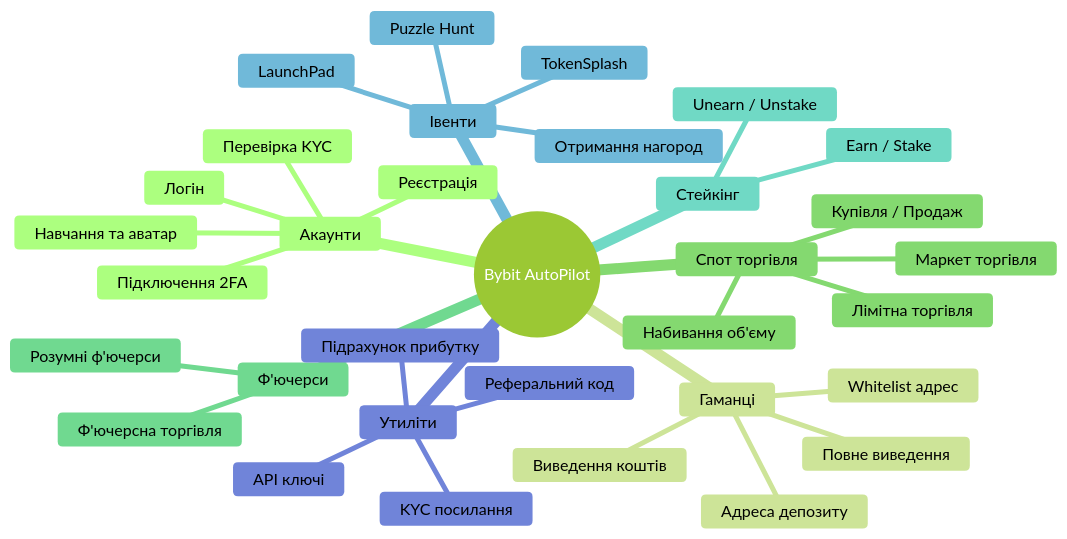
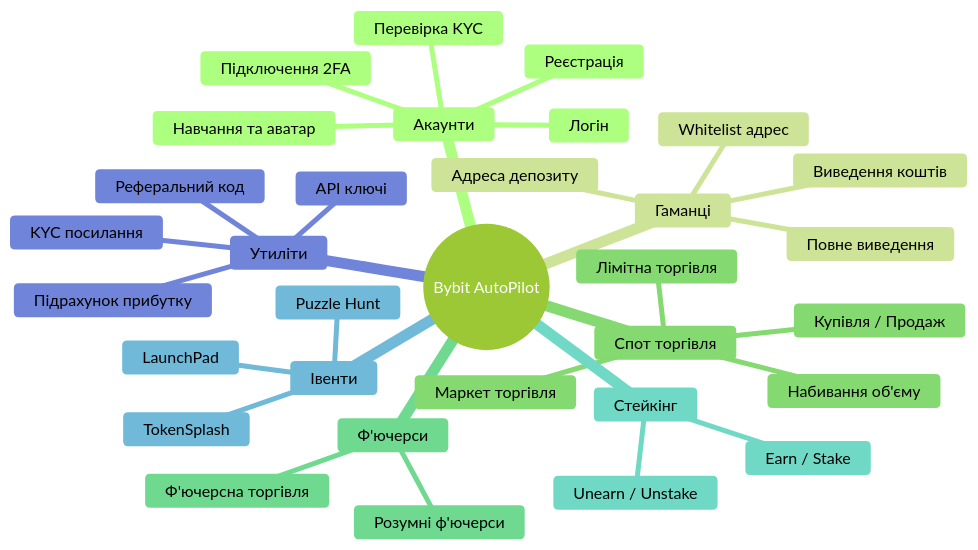
One commit to AutoPilotSoftware/docs changed the second of 12 diagrams in src/content/docs/ua/exchanges/bybit-autopilot.md. Above: the diagram before and after it, drawn with Mermaid (forest theme). The commit also changed other lines of this file and 5 other files, not shown here.

````diff
--- a/src/content/docs/ua/exchanges/bybit-autopilot.md
+++ b/src/content/docs/ua/exchanges/bybit-autopilot.md
@@ -81,36 +81,35 @@
 ```mermaid
 mindmap
   root((Bybit AutoPilot))
     Акаунти
       Реєстрація
       Логін
       Перевірка KYC
       Підключення 2FA
       Навчання та аватар
     Гаманці
       Адреса депозиту
       Whitelist адрес
       Виведення коштів
       Повне виведення
     Спот торгівля
       Маркет торгівля
       Лімітна торгівля
       Купівля / Продаж
       Набивання об'єму
     Ф'ючерси
       Ф'ючерсна торгівля
       Розумні ф'ючерси
     Стейкінг
       Earn / Stake
       Unearn / Unstake
     Івенти
       TokenSplash
       LaunchPad
       Puzzle Hunt
-      Отримання нагород
     Утиліти
       API ключі
       Підрахунок прибутку
       Реферальний код
       KYC посилання
 ```
````
